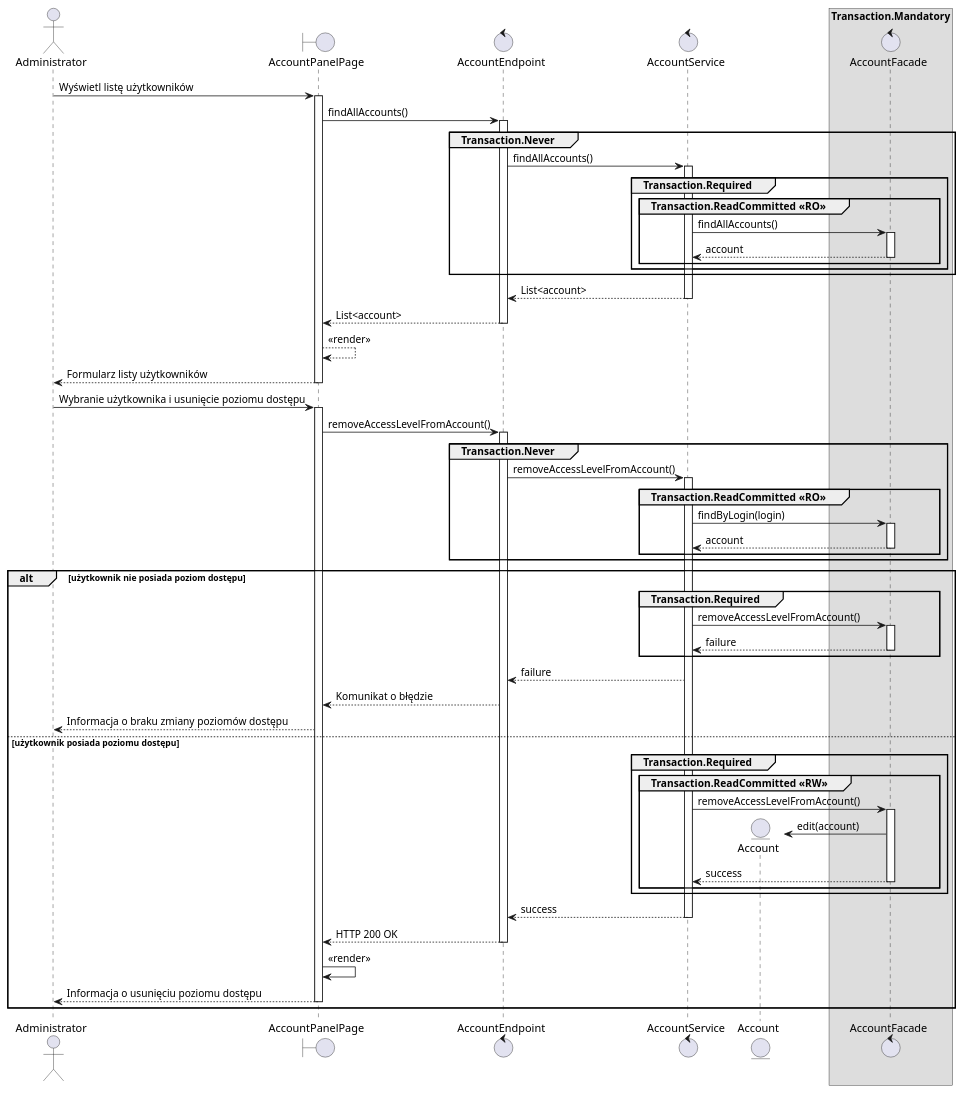
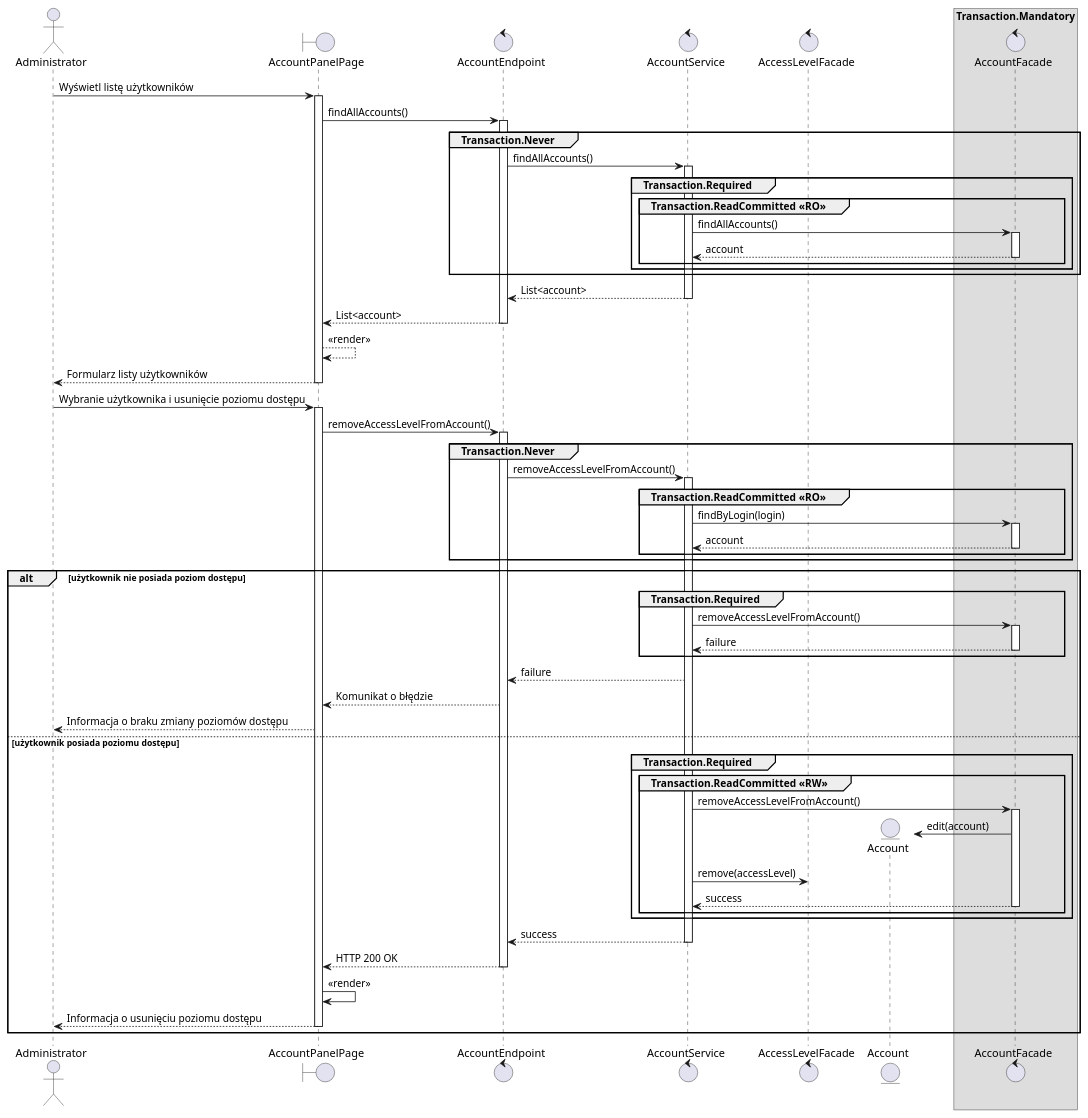
Before and after one commit to TheVivent-Politechnika-Lodzka/ssbd03_kic_uml: the diagram in src/rozdział 11/mok6.puml, drawn with PlantUML. The commit also changed 6 other files, not shown here.

```diff
--- a/src/rozdział 11/mok6.puml
+++ b/src/rozdział 11/mok6.puml
@@ -1,66 +1,68 @@
 @startuml MOK.6 - Odłącz poziom dostępu
 
 actor Administrator as admin
 boundary AccountPanelPage as gui
 control AccountEndpoint as controller
 control AccountService as service
 control AccountFacade as facade
+control AccessLevelFacade as facadeLevel
 entity Account as account
 
 skinparam backgroundcolor transparent
 box Transaction.Mandatory 
     participant facade
 end box
 
 admin -> gui ++ : Wyświetl listę użytkowników
 gui -> controller ++ :  findAllAccounts()
 group Transaction.Never
     controller -> service ++ : findAllAccounts()
     group Transaction.Required
         group Transaction.ReadCommitted <<RO>>
             service -> facade ++ : findAllAccounts()
             return account
         end
     end
 end
 return List<account>
 return List<account>
 gui --> gui : <<render>>
 return Formularz listy użytkowników
 
 admin -> gui ++ : Wybranie użytkownika i usunięcie poziomu dostępu
 gui -> controller ++ : removeAccessLevelFromAccount()
 
 group Transaction.Never
     controller -> service ++ : removeAccessLevelFromAccount() 
 
     group Transaction.ReadCommitted <<RO>>
         service -> facade ++ : findByLogin(login)
         return account
     end
 end
 
 alt użytkownik nie posiada poziom dostępu
     group Transaction.Required
         service -> facade ++ : removeAccessLevelFromAccount()
         return failure
     end
     service --> controller : failure
     controller --> gui : Komunikat o błędzie
     gui --> admin : Informacja o braku zmiany poziomów dostępu
 else użytkownik posiada poziomu dostępu
     group Transaction.Required
         group Transaction.ReadCommitted <<RW>>
             service -> facade ++ : removeAccessLevelFromAccount()
             facade -> account ** : edit(account)
-        return success
+            service -> facadeLevel : remove(accessLevel)
+            return success
         end
     end
     
 return success
 return HTTP 200 OK
 gui -> gui : <<render>>
 return Informacja o usunięciu poziomu dostępu
 end
 
 @enduml
```
